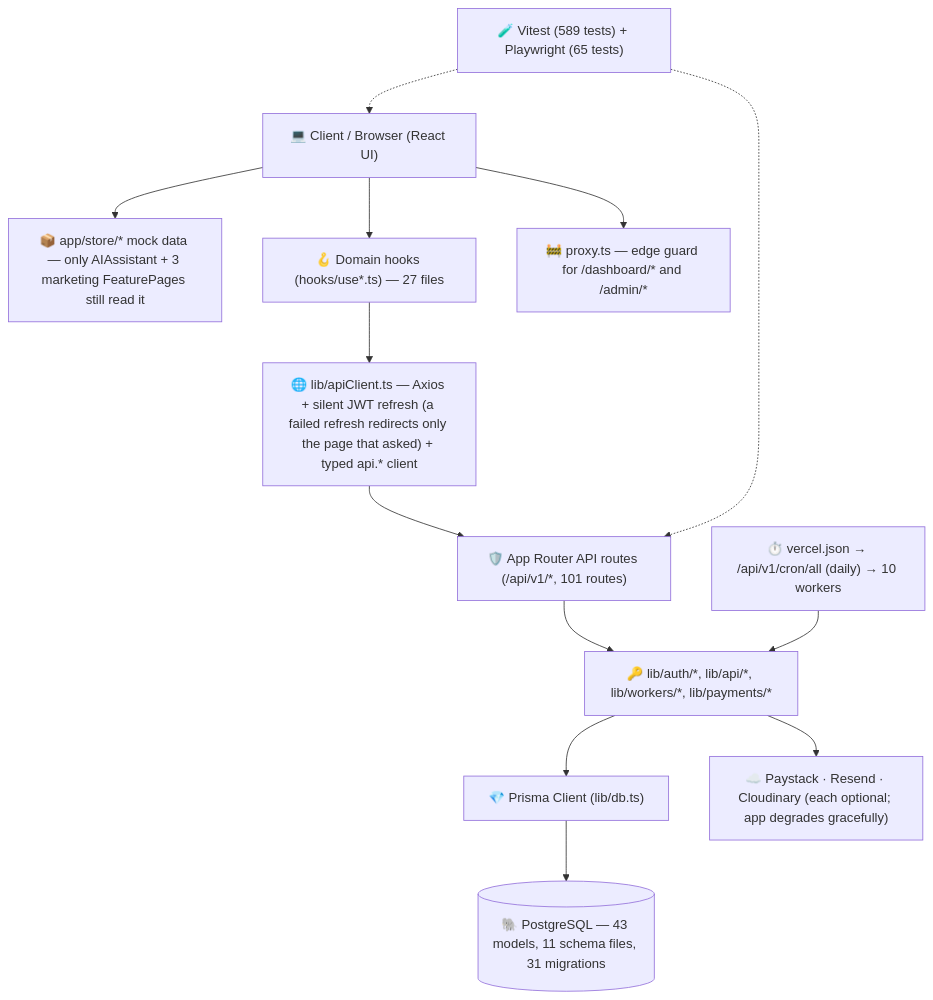
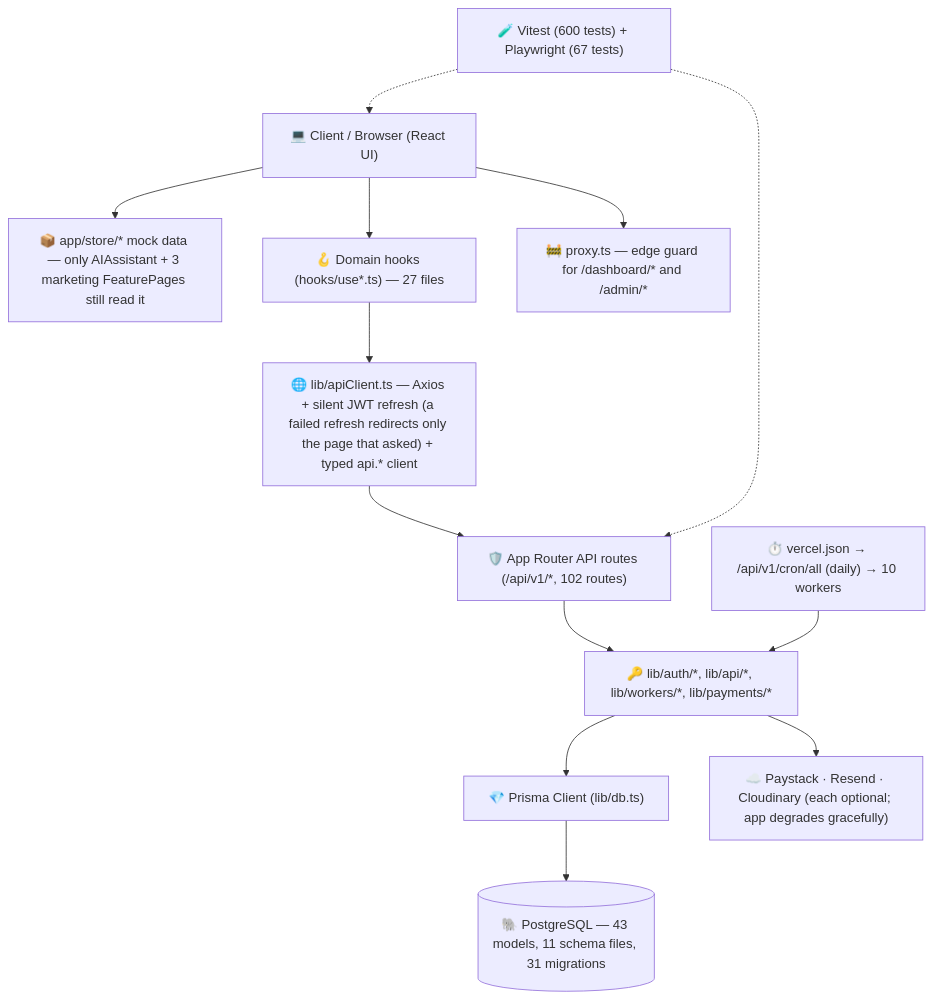
One commit to Proplity/proplity changed the diagram in PROJECT_STRUCTURE.md. Above: the diagram before and after it, drawn with Mermaid. The commit also changed other lines of this file and 23 other files, not shown here.

````diff
--- a/PROJECT_STRUCTURE.md
+++ b/PROJECT_STRUCTURE.md
@@ -11,28 +11,28 @@
 ```mermaid
 graph TD
     Client["💻 Client / Browser (React UI)"]
     Store["📦 app/store/* mock data — only AIAssistant + 3 marketing FeaturePages still read it"]
     Hooks["🪝 Domain hooks (hooks/use*.ts) — 27 files"]
     ApiClient["🌐 lib/apiClient.ts — Axios + silent JWT refresh (a failed refresh redirects only the page that asked) + typed api.* client"]
     Proxy["🚧 proxy.ts — edge guard for /dashboard/* and /admin/*"]
-    NextApi["🛡️ App Router API routes (/api/v1/*, 101 routes)"]
+    NextApi["🛡️ App Router API routes (/api/v1/*, 102 routes)"]
     LibCore["🔑 lib/auth/*, lib/api/*, lib/workers/*, lib/payments/*"]
     PrismaClient["💎 Prisma Client (lib/db.ts)"]
     Postgres[("🐘 PostgreSQL — 43 models, 11 schema files, 31 migrations")]
     Cron["⏱️ vercel.json → /api/v1/cron/all (daily) → 10 workers"]
     Ext["☁️ Paystack · Resend · Cloudinary (each optional; app degrades gracefully)"]
-    Tests["🧪 Vitest (589 tests) + Playwright (65 tests)"]
+    Tests["🧪 Vitest (600 tests) + Playwright (67 tests)"]
 
     Client --> Store
     Client --> Proxy
     Client --> Hooks
     Hooks --> ApiClient
     ApiClient --> NextApi
     NextApi --> LibCore
     LibCore --> PrismaClient
     LibCore --> Ext
     Cron --> LibCore
     PrismaClient --> Postgres
     Tests -.-> NextApi
     Tests -.-> Client
 ```
````
